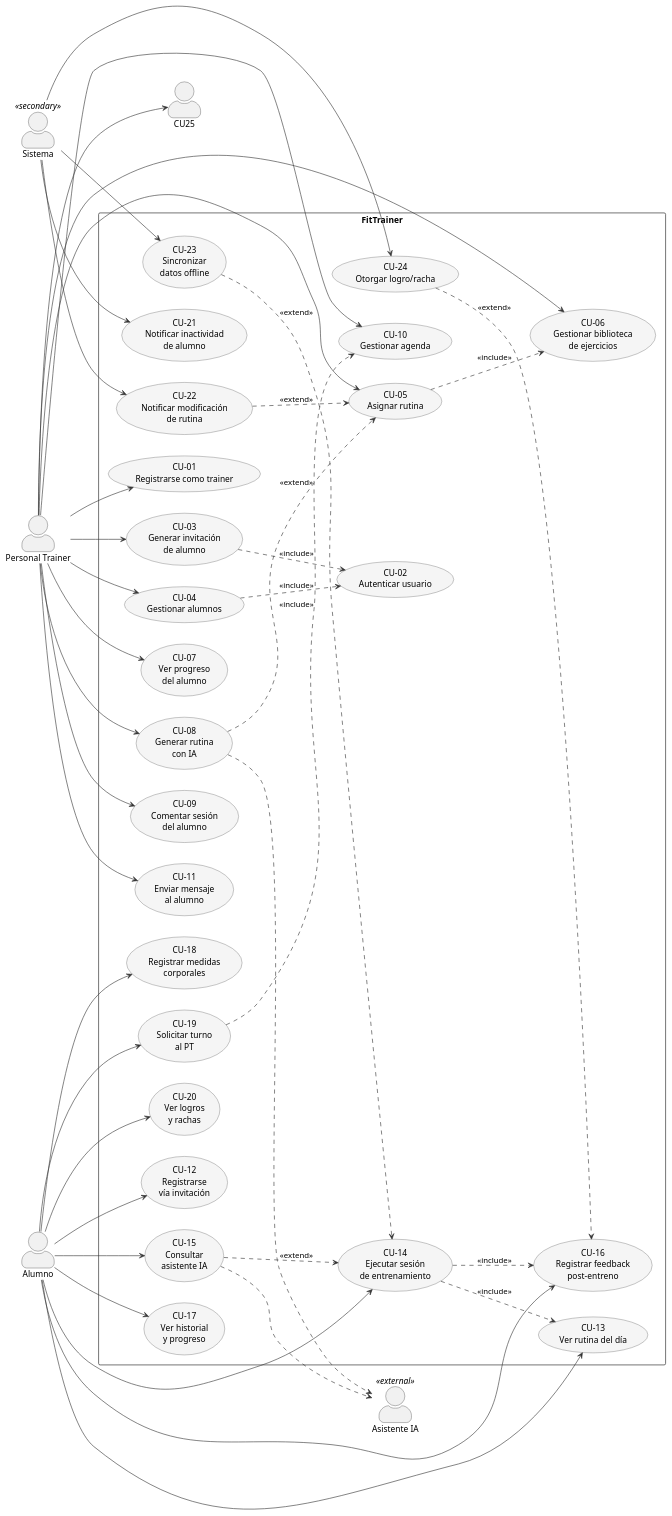
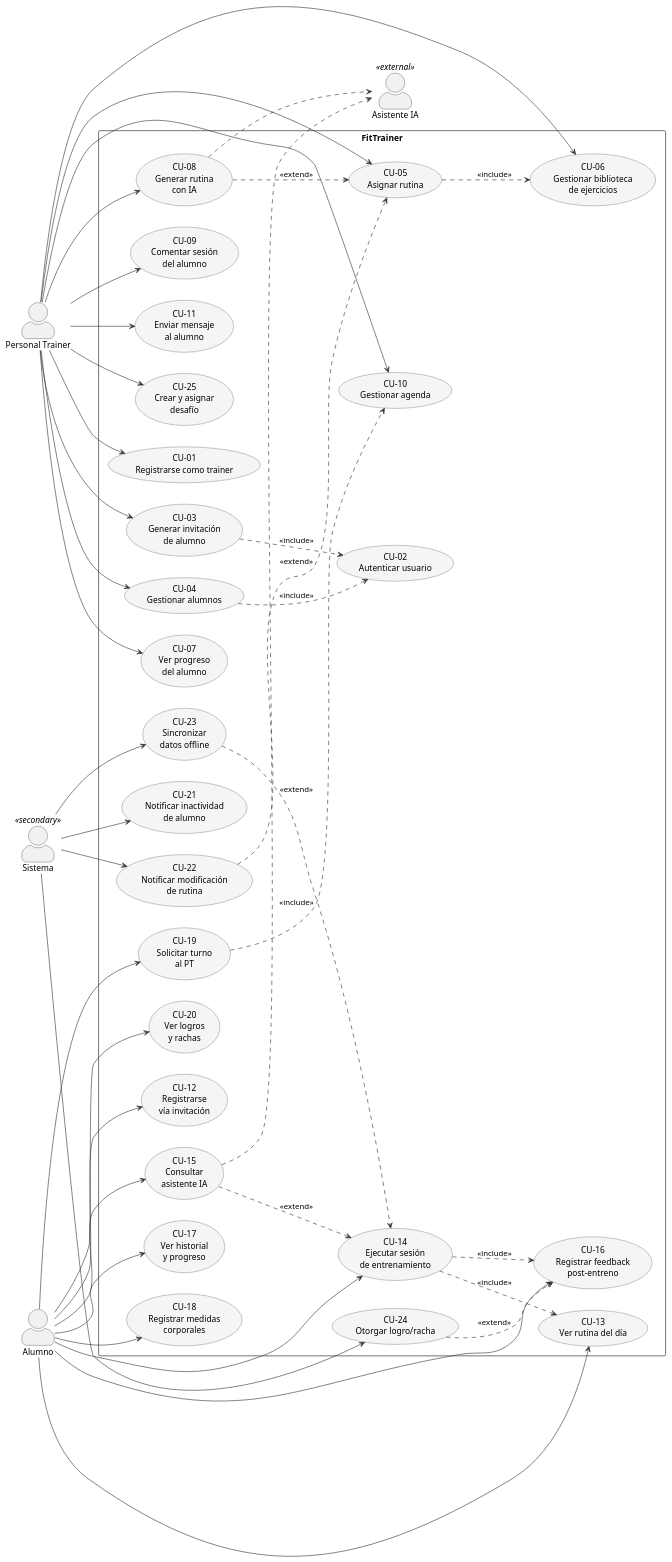
The diagram in docs/arquitectura/diagrama-casos-de-uso.md (irolon/parcial-2-ap-acn5bv-queimalinos-rolon), drawn with PlantUML before and after one commit.

Commit message:
docs: caso de uso del desafío en el diagrama PlantUML (tarjeta 43)

```diff
--- a/docs/arquitectura/diagrama-casos-de-uso.md
+++ b/docs/arquitectura/diagrama-casos-de-uso.md
@@ -134,6 +134,7 @@
   usecase "CU-09\nComentar sesión\ndel alumno" as CU09
   usecase "CU-10\nGestionar agenda" as CU10
   usecase "CU-11\nEnviar mensaje\nal alumno" as CU11
+  usecase "CU-25\nCrear y asignar\ndesafío" as CU25
 
   ' --- Alumno ---
   usecase "CU-12\nRegistrarse\nvía invitación" as CU12
```
